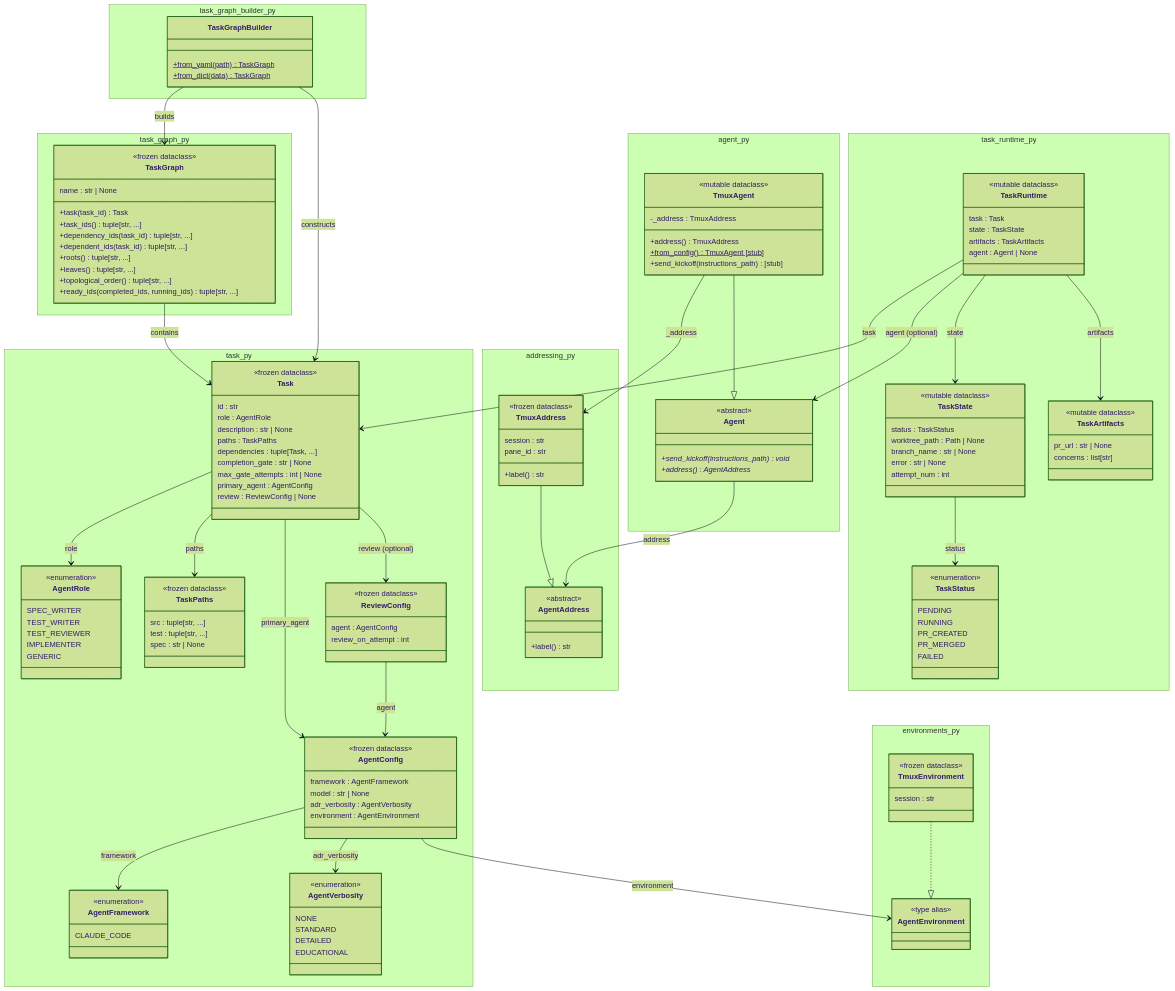
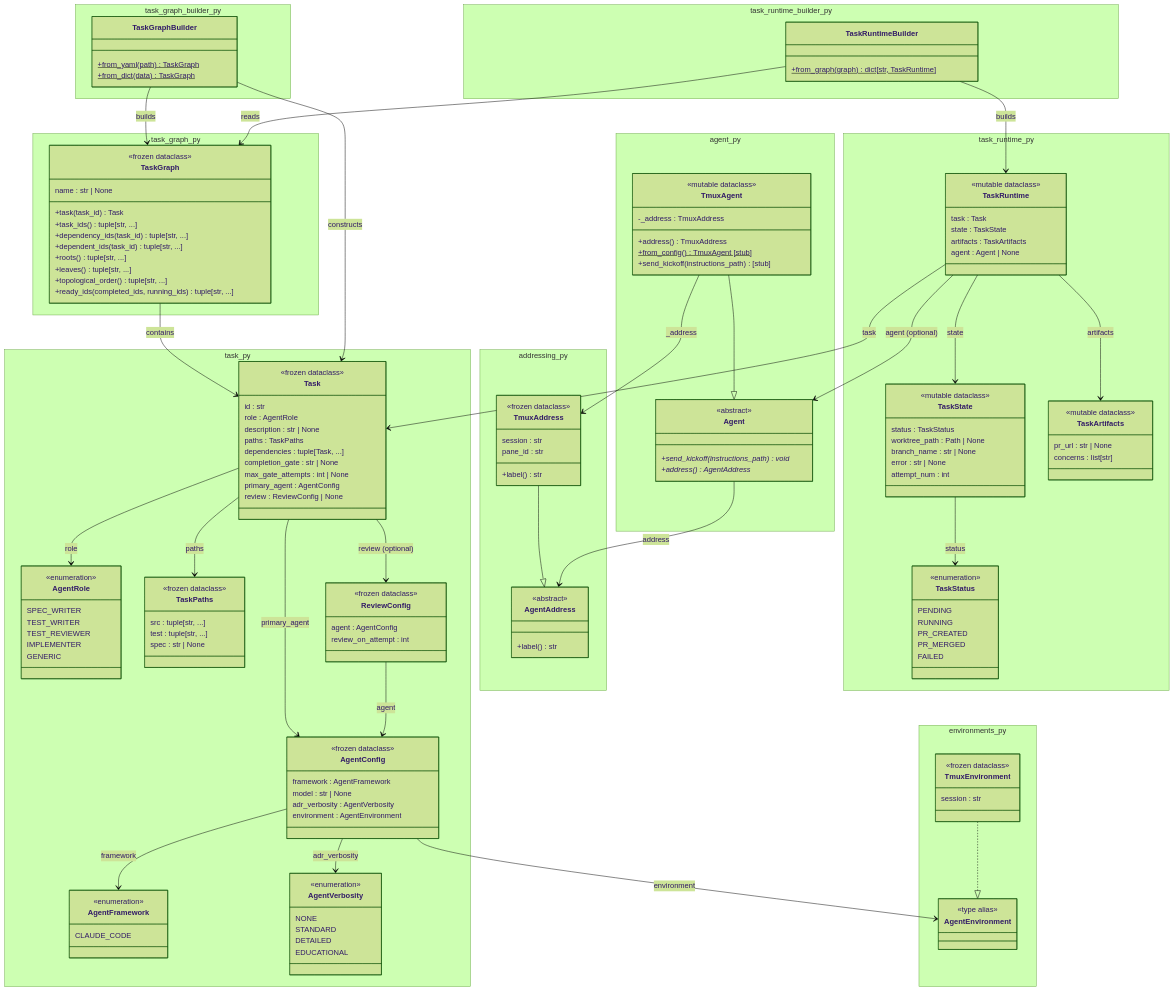
The diagram in docs/DIAGRAM.md (duanegoodner/agentrelay), drawn with Mermaid (forest theme) before and after one commit. The commit also changed 10 other files, not shown here.

Commit message:
Add TaskRuntimeBuilder and rename runtime builder module

```diff
--- a/docs/DIAGRAM.md
+++ b/docs/DIAGRAM.md
@@ -101,6 +101,12 @@
         class TaskGraphBuilder {
             +from_yaml(path)$ TaskGraph
             +from_dict(data)$ TaskGraph
+        }
+    }
+
+    namespace task_runtime_builder_py {
+        class TaskRuntimeBuilder {
+            +from_graph(graph)$ dict[str, TaskRuntime]
         }
     }
 
@@ -189,6 +195,8 @@
     TaskGraph --> Task : contains
     TaskGraphBuilder --> TaskGraph : builds
     TaskGraphBuilder --> Task : constructs
+    TaskRuntimeBuilder --> TaskGraph : reads
+    TaskRuntimeBuilder --> TaskRuntime : builds
     AgentConfig --> AgentEnvironment : environment
     TmuxEnvironment ..|> AgentEnvironment
     TmuxAddress --|> AgentAddress
```
